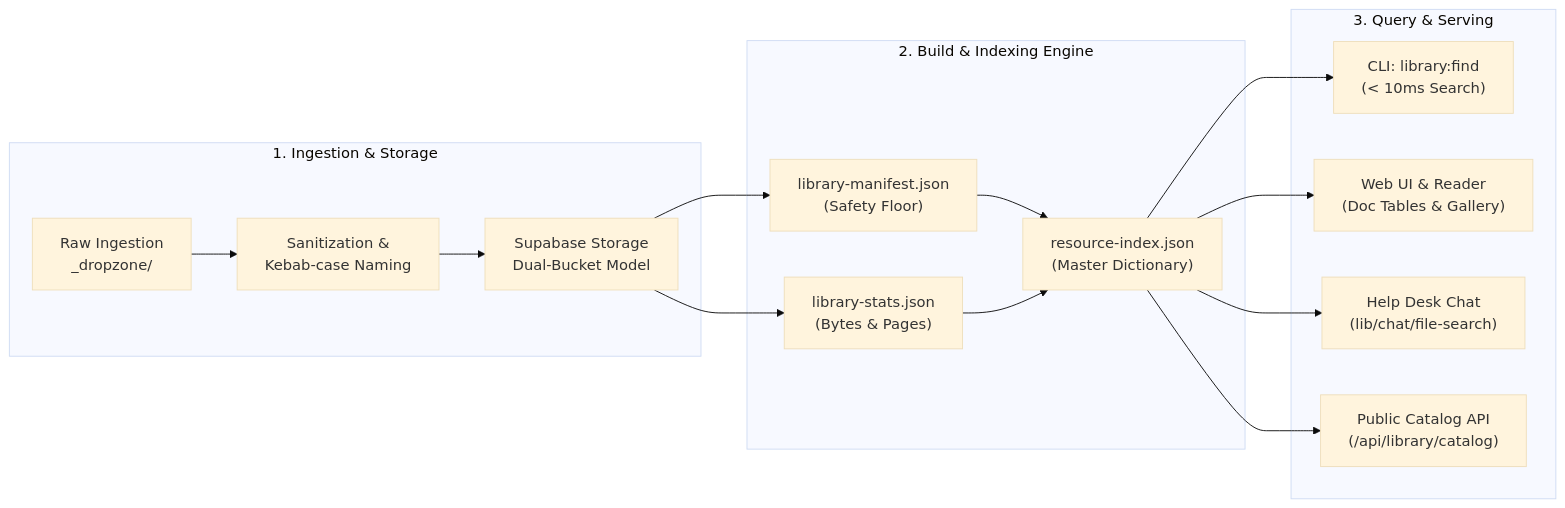
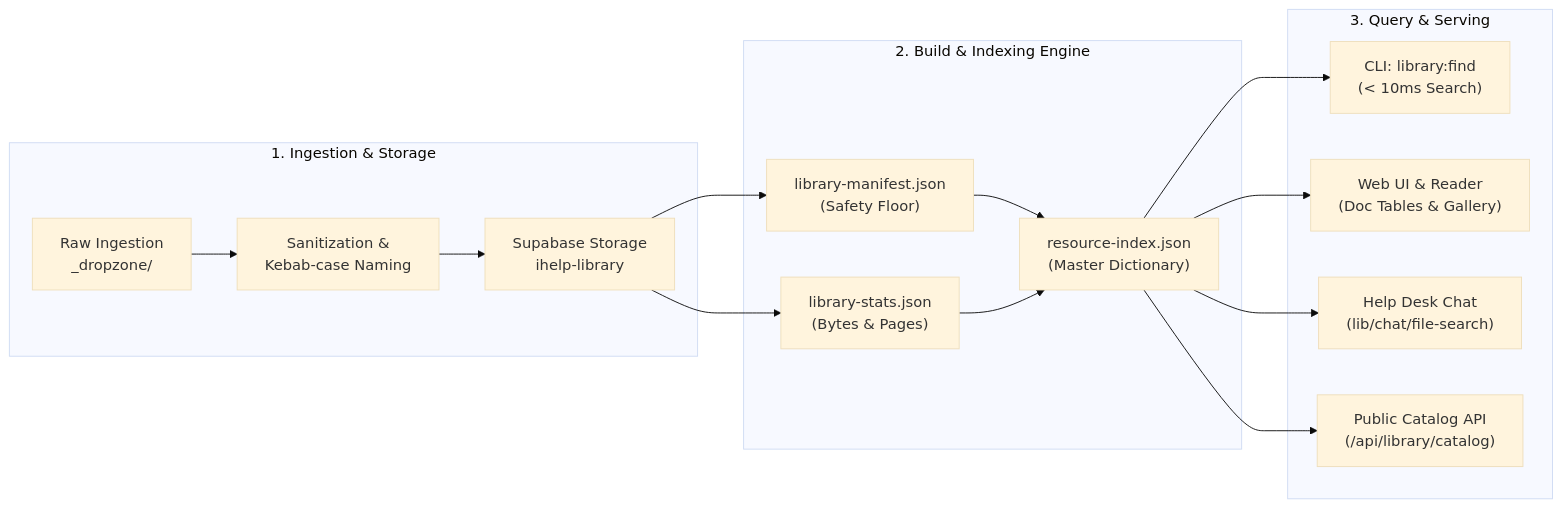
The first of 5 diagrams in docs/LIBRARY_ARCHITECTURE_AND_WORKFLOW.md (Jesselpetry/ihelp), drawn with Mermaid (base theme) before and after one commit. The commit also changed other lines of this file and 72 other files, not shown here.

````diff
--- a/docs/LIBRARY_ARCHITECTURE_AND_WORKFLOW.md
+++ b/docs/LIBRARY_ARCHITECTURE_AND_WORKFLOW.md
@@ -13,20 +13,20 @@
 ```mermaid
 graph LR
     subgraph Ingestion["1. Ingestion & Storage"]
         Raw["Raw Ingestion<br/>_dropzone/"] --> Sanitized["Sanitization &<br/>Kebab-case Naming"]
-        Sanitized --> Cloud["Supabase Storage<br/>Dual-Bucket Model"]
+        Sanitized --> Cloud["Supabase Storage<br/>ihelp-library"]
     end
 
     subgraph BuildEngine["2. Build & Indexing Engine"]
         Cloud --> Manifest["library-manifest.json<br/>(Safety Floor)"]
         Cloud --> Stats["library-stats.json<br/>(Bytes & Pages)"]
         Manifest & Stats --> Index["resource-index.json<br/>(Master Dictionary)"]
     end
 
     subgraph Consumption["3. Query & Serving"]
         Index --> Find["CLI: library:find<br/>(< 10ms Search)"]
         Index --> WebUI["Web UI & Reader<br/>(Doc Tables & Gallery)"]
         Index --> Chat["Help Desk Chat<br/>(lib/chat/file-search)"]
         Index --> CatalogAPI["Public Catalog API<br/>(/api/library/catalog)"]
     end
 ```
````
